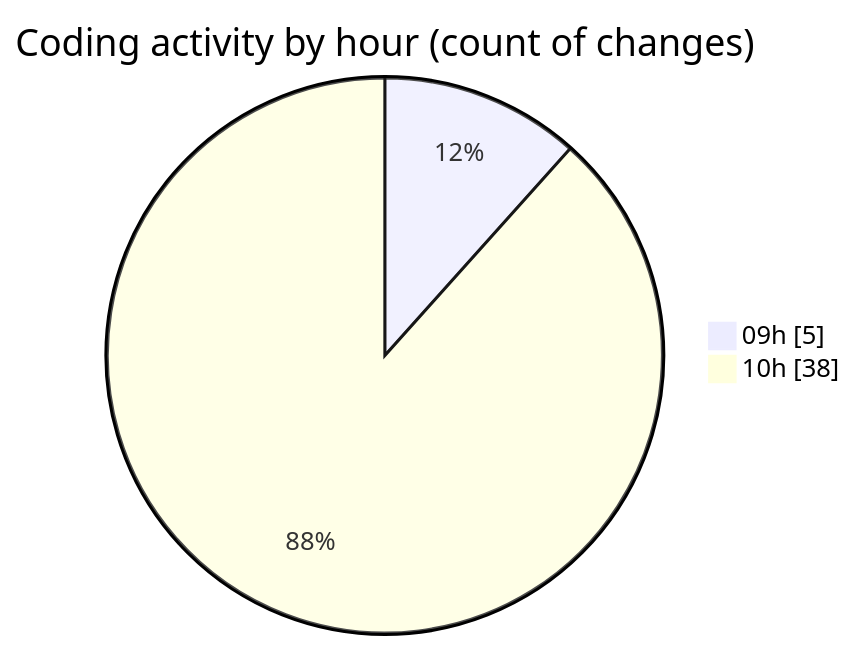
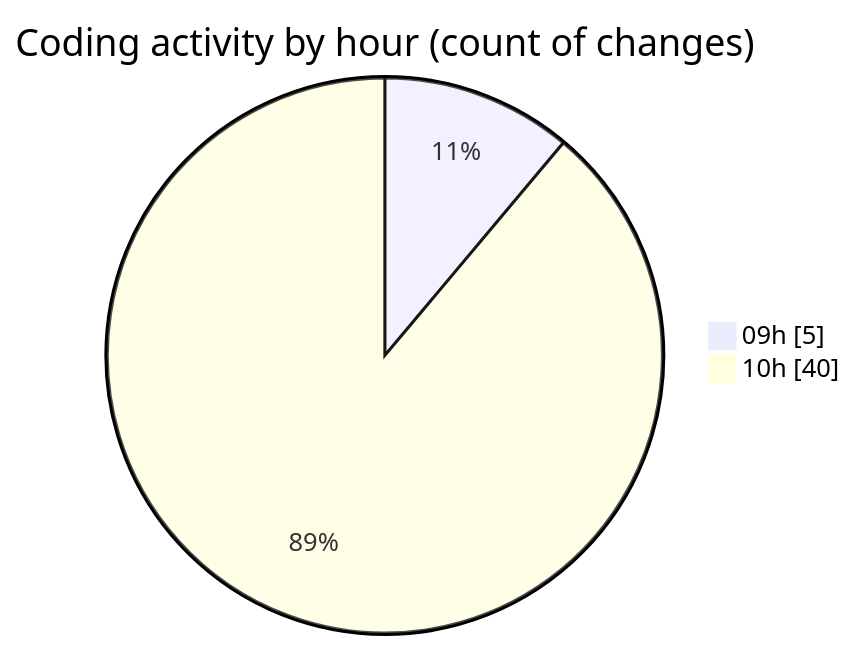
One commit to momahboobian/code-tracking changed the second of 2 diagrams in 2026-04-27/cda/README.md. Above: the diagram before and after it, drawn with Mermaid. The commit also changed other lines of this file and 1 other file, not shown here.

````diff
--- a/2026-04-27/cda/README.md
+++ b/2026-04-27/cda/README.md
@@ -41,6 +41,6 @@
 ```mermaid
 pie showData
 title Coding activity by hour (count of changes)
 "09h" : 5
-"10h" : 38
+"10h" : 40
 ```
````
